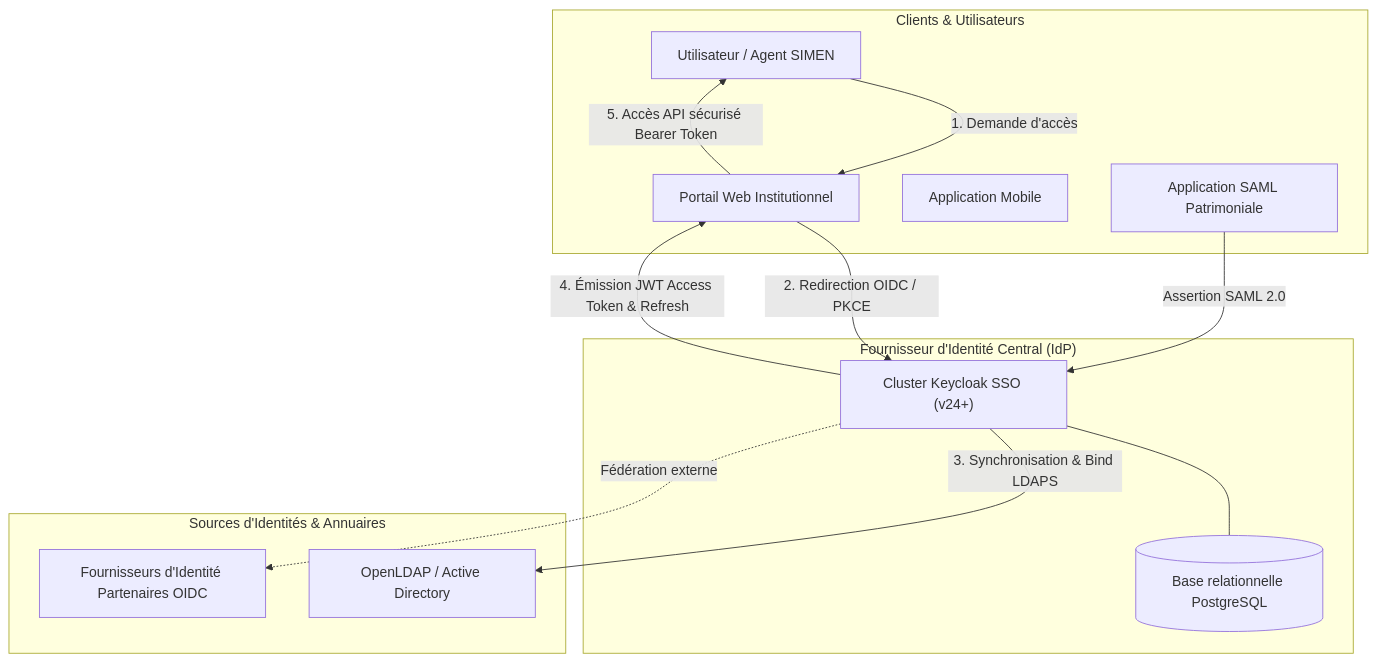
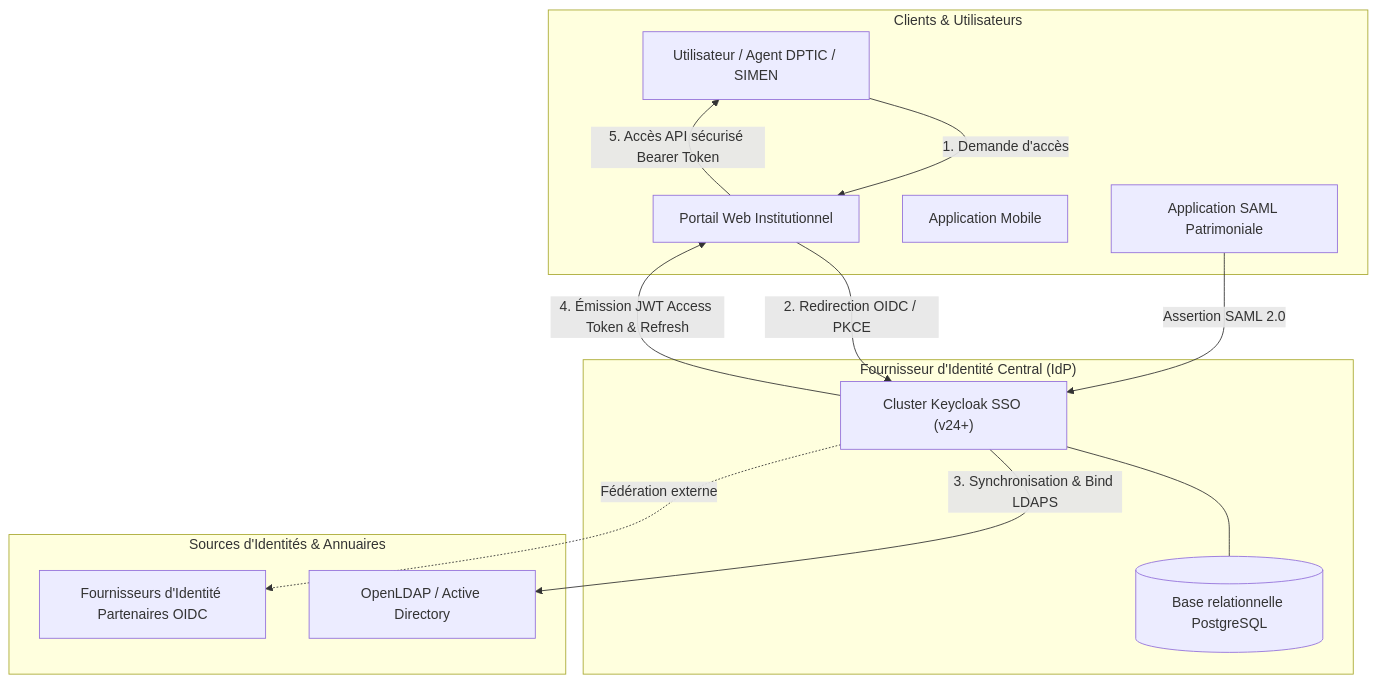
One commit to Jiraya931/Professionnel changed the diagram in 01-SSO-Federation-Keycloak/README.md. Above: the diagram before and after it, drawn with Mermaid. The commit also changed other lines of this file and 5 other files, not shown here.

Commit message:
feat(profile): actualisation des mentions institutionnelles DPTIC / SIMEN et mise a jour du CV

````diff
--- a/01-SSO-Federation-Keycloak/README.md
+++ b/01-SSO-Federation-Keycloak/README.md
@@ -24,28 +24,28 @@
 ```mermaid
 graph TD
     subgraph Clients & Utilisateurs
-        U1[Utilisateur / Agent SIMEN]
+        U1[Utilisateur / Agent DPTIC / SIMEN]
         AppWeb[Portail Web Institutionnel]
         AppMobile[Application Mobile]
         AppLegacy[Application SAML Patrimoniale]
     end
 
     subgraph "Fournisseur d'Identité Central (IdP)"
         KC["Cluster Keycloak SSO (v24+)"]
         PG[(Base relationnelle PostgreSQL)]
         KC --- PG
     end
 
     subgraph "Sources d'Identités & Annuaires"
         LDAP[OpenLDAP / Active Directory]
         ExtIdP[Fournisseurs d'Identité Partenaires OIDC]
     end
 
     U1 -->|1. Demande d'accès| AppWeb
     AppWeb -->|2. Redirection OIDC / PKCE| KC
     AppLegacy -->|Assertion SAML 2.0| KC
     KC -->|3. Synchronisation & Bind LDAPS| LDAP
     KC -.->|Fédération externe| ExtIdP
     KC -->|4. Émission JWT Access Token & Refresh| AppWeb
     AppWeb -->|5. Accès API sécurisé Bearer Token| U1
 ```
````
